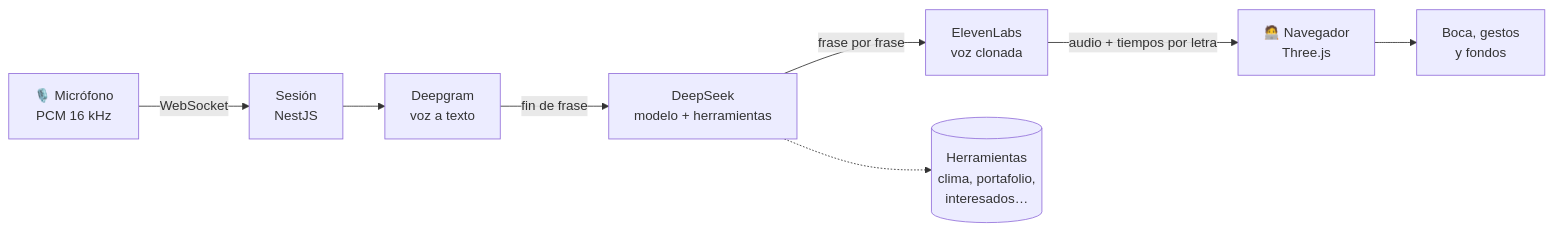
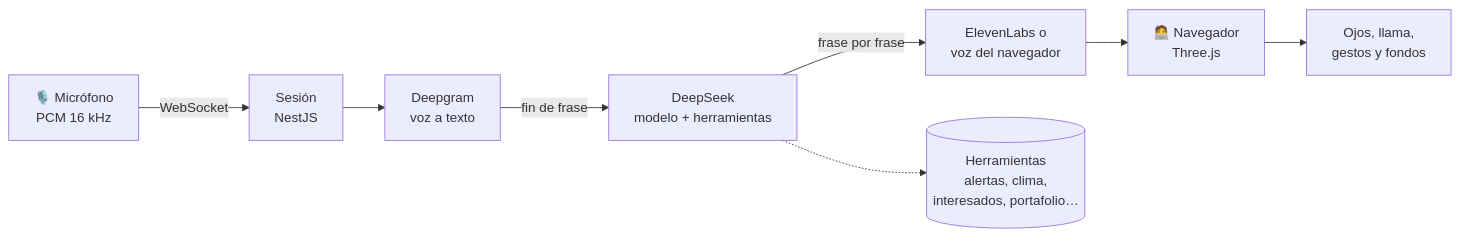
One commit to camilovides-beep/Jano_SOC changed the diagram in README.md. Above: the diagram before and after it, drawn with Mermaid. The commit also changed other lines of this file and 53 other files, not shown here.

````diff
--- a/README.md
+++ b/README.md
@@ -64,10 +83,10 @@
 ```mermaid
 flowchart LR
   M[🎙️ Micrófono<br>PCM 16 kHz] -->|WebSocket| G[Sesión<br>NestJS]
   G --> D[Deepgram<br>voz a texto]
   D -->|fin de frase| L[DeepSeek<br>modelo + herramientas]
-  L -->|frase por frase| E[ElevenLabs<br>voz clonada]
-  E -->|audio + tiempos por letra| N[🧑‍💻 Navegador<br>Three.js]
-  N --> B[Boca, gestos<br>y fondos]
-  L -.-> T[(Herramientas<br>clima, portafolio,<br>interesados…)]
+  L -->|frase por frase| E[ElevenLabs o<br>voz del navegador]
+  E --> N[🧑‍💻 Navegador<br>Three.js]
+  N --> B[Ojos, llama,<br>gestos y fondos]
+  L -.-> T[(Herramientas<br>alertas, clima,<br>interesados, portafolio…)]
 ```
````
